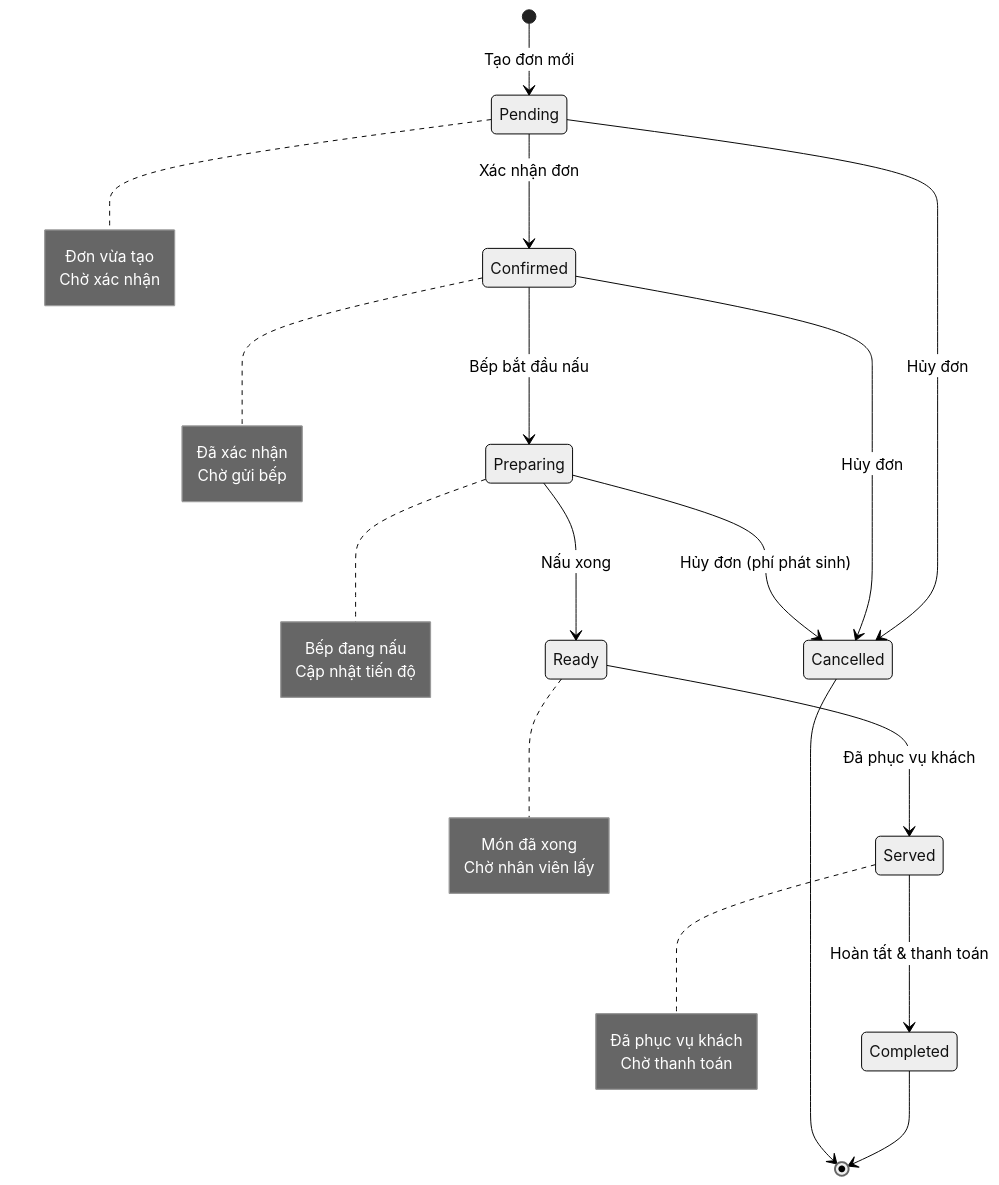
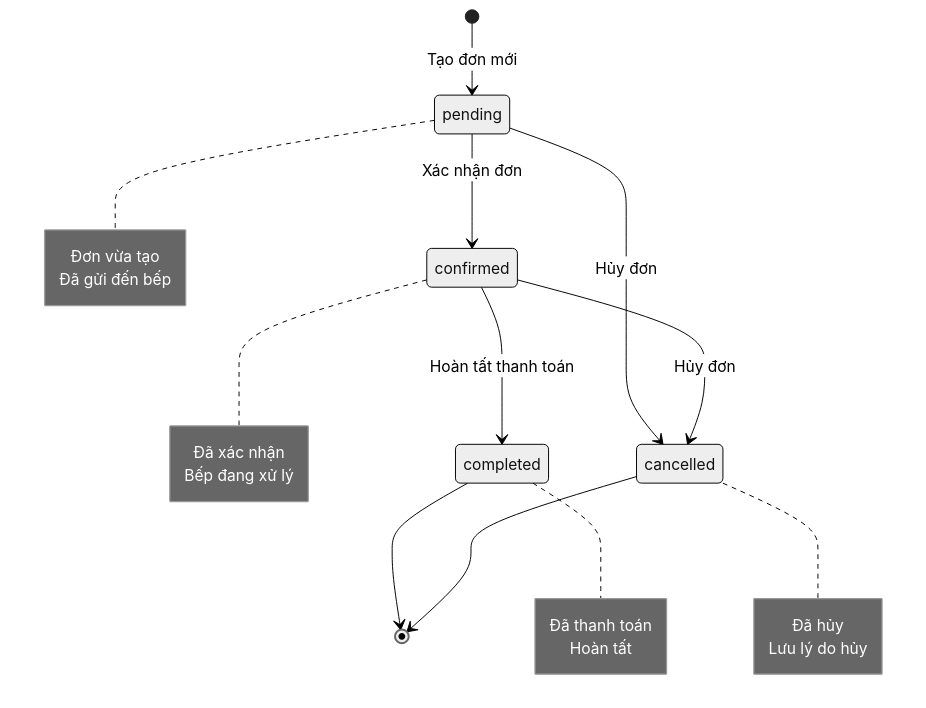
Before and after one commit to huy1235588/restaurant-management: the third of 17 diagrams in docs/diagrams/ORDER_MANAGEMENT_DIAGRAMS.md, drawn with Mermaid (neutral theme). The commit also changed other lines of this file and 18 other files, not shown here.

````diff
--- a/docs/diagrams/ORDER_MANAGEMENT_DIAGRAMS.md
+++ b/docs/diagrams/ORDER_MANAGEMENT_DIAGRAMS.md
@@ -101,45 +116,33 @@
 ```mermaid
 stateDiagram-v2
-    [*] --> Pending: Tạo đơn mới
+    [*] --> pending: Tạo đơn mới
     
-    Pending --> Confirmed: Xác nhận đơn
-    Pending --> Cancelled: Hủy đơn
+    pending --> confirmed: Xác nhận đơn
+    pending --> cancelled: Hủy đơn
     
-    Confirmed --> Preparing: Bếp bắt đầu nấu
-    Confirmed --> Cancelled: Hủy đơn
+    confirmed --> completed: Hoàn tất thanh toán
+    confirmed --> cancelled: Hủy đơn
     
-    Preparing --> Ready: Nấu xong
-    Preparing --> Cancelled: Hủy đơn (phí phát sinh)
+    completed --> [*]
+    cancelled --> [*]
     
-    Ready --> Served: Đã phục vụ khách
-    
-    Served --> Completed: Hoàn tất & thanh toán
-    
-    Completed --> [*]
-    Cancelled --> [*]
-    
-    note right of Pending
+    note right of pending
         Đơn vừa tạo
-        Chờ xác nhận
+        Đã gửi đến bếp
     end note
     
-    note right of Confirmed
+    note right of confirmed
         Đã xác nhận
-        Chờ gửi bếp
+        Bếp đang xử lý
     end note
     
-    note right of Preparing
-        Bếp đang nấu
-        Cập nhật tiến độ
+    note right of completed
+        Đã thanh toán
+        Hoàn tất
     end note
     
-    note right of Ready
-        Món đã xong
-        Chờ nhân viên lấy
-    end note
-    
-    note right of Served
-        Đã phục vụ khách
-        Chờ thanh toán
+    note right of cancelled
+        Đã hủy
+        Lưu lý do hủy
     end note
 ```
````
